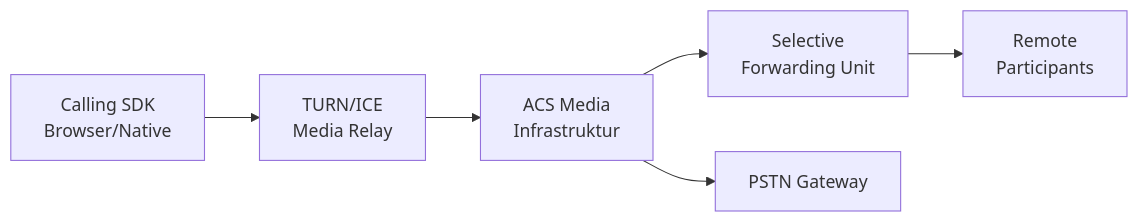
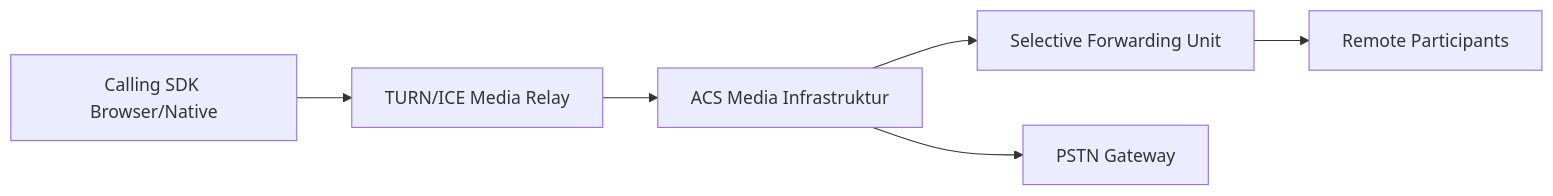
The third of 6 diagrams in Microsoft 365/Azure/Integration und Messaging/Azure Communication Services.md (SoniiiT/notes-n-docs), drawn with Mermaid before and after one commit. The commit also changed other lines of this file and 124 other files, not shown here.

First line of the commit message:
fix: Entferne \n aus allen Mermaid-Diagrammen (125 Dateien)

````diff
--- a/Microsoft 365/Azure/Integration und Messaging/Azure Communication Services.md
+++ b/Microsoft 365/Azure/Integration und Messaging/Azure Communication Services.md
@@ -97,8 +97,8 @@
 ```mermaid
 flowchart LR
-    SDK[Calling SDK\nBrowser/Native] --> TURN[TURN/ICE\nMedia Relay]
-    TURN --> ACS[ACS Media\nInfrastruktur]
-    ACS --> SFU[Selective\nForwarding Unit]
-    SFU --> P2[Remote\nParticipants]
+    SDK[Calling SDK Browser/Native] --> TURN[TURN/ICE Media Relay]
+    TURN --> ACS[ACS Media Infrastruktur]
+    ACS --> SFU[Selective Forwarding Unit]
+    SFU --> P2[Remote Participants]
     ACS --> PSTN[PSTN Gateway]
 ```
````
